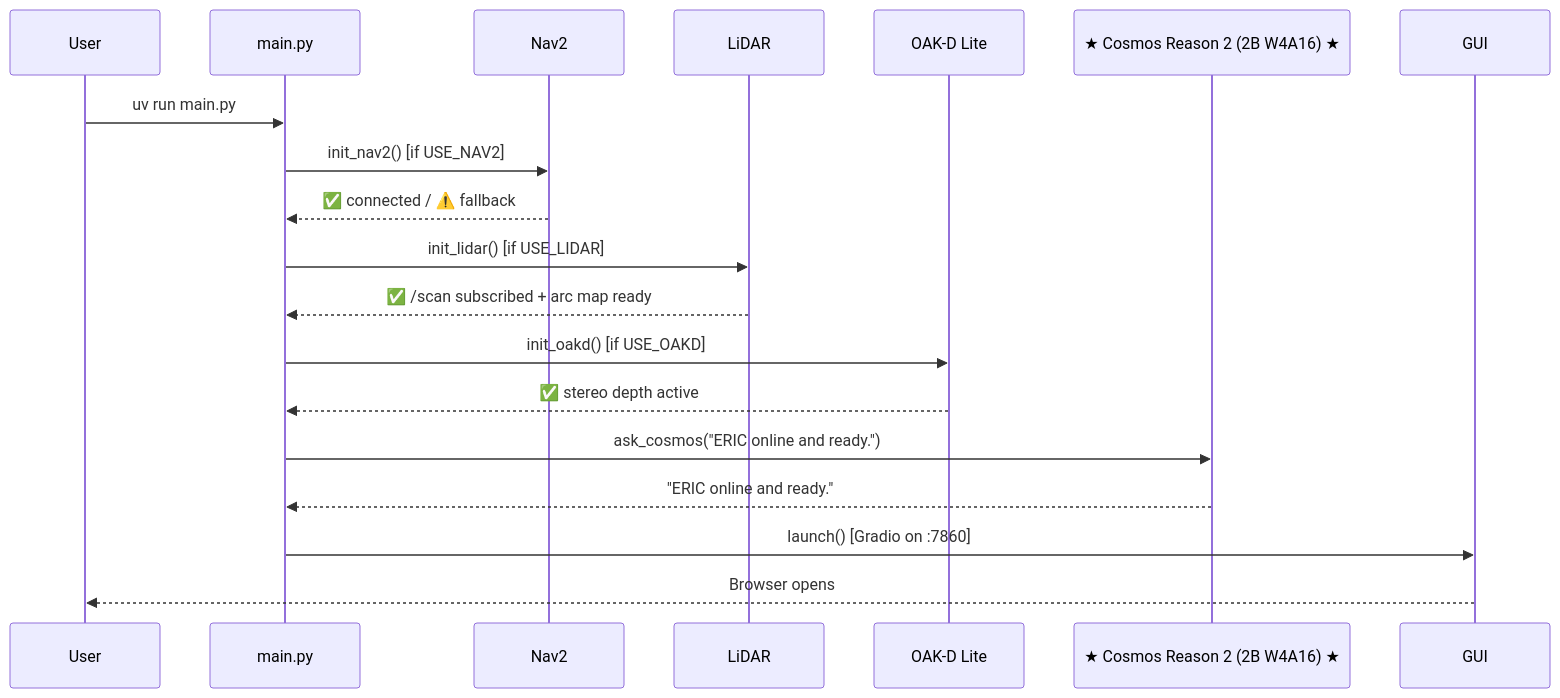
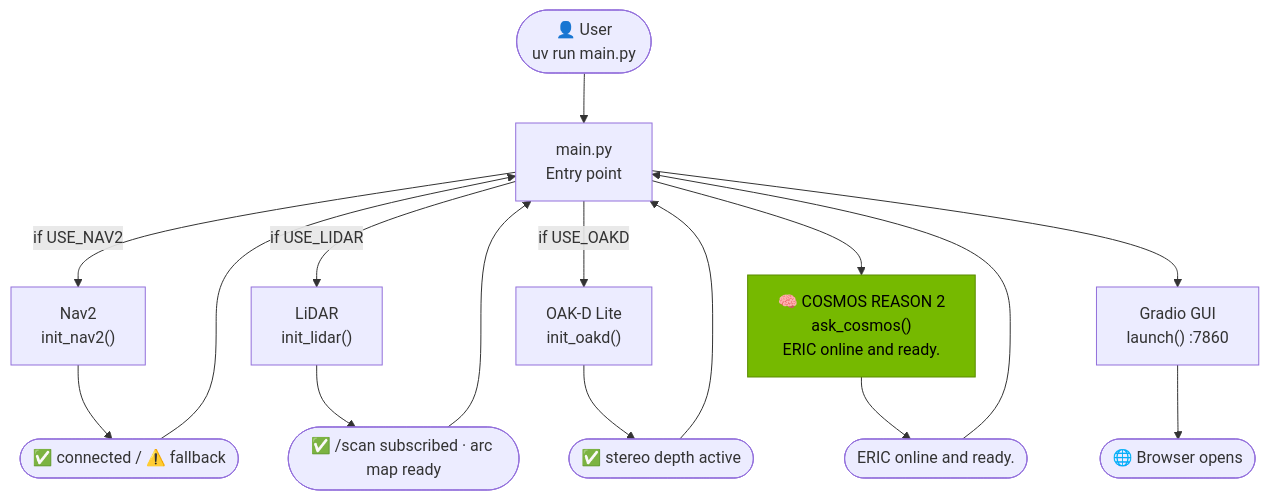
Before and after one commit to OppaAI/eric: the fifth of 8 diagrams in README.md, drawn with Mermaid. The commit also changed other lines of this file and 2 other files, not shown here.

Commit message:
Refactor the GUI platform to look like a cockpit configure; Added a test script for video inference

````diff
--- a/README.md
+++ b/README.md
@@ -210,22 +206,28 @@
 ```mermaid
-sequenceDiagram
-    participant User
-    participant main.py
-    participant Nav2
-    participant LiDAR
-    participant OAKD as OAK-D Lite
-    participant Cosmos as ★ Cosmos Reason 2 (2B W4A16) ★
-    participant GUI
+flowchart TD
+    U(["👤 User<br/>uv run main.py"])
+    MAIN["main.py<br/>Entry point"]
+    N2["Nav2<br/>init_nav2()"]
+    N2R(["✅ connected / ⚠️ fallback"])
+    LID["LiDAR<br/>init_lidar()"]
+    LIDR(["✅ /scan subscribed · arc map ready"])
+    OAK["OAK-D Lite<br/>init_oakd()"]
+    OAKR(["✅ stereo depth active"])
+    COSMOS_S["🧠 COSMOS REASON 2<br/>ask_cosmos()<br/>ERIC online and ready."]
+    COSMOSR(["ERIC online and ready."])
+    GUI["Gradio GUI<br/>launch() :7860"]
+    DONE(["🌐 Browser opens"])
 
-    User->>main.py: uv run main.py
-    main.py->>Nav2: init_nav2() [if USE_NAV2]
-    Nav2-->>main.py: ✅ connected / ⚠️ fallback
-    main.py->>LiDAR: init_lidar() [if USE_LIDAR]
-    LiDAR-->>main.py: ✅ /scan subscribed + arc map ready
-    main.py->>OAKD: init_oakd() [if USE_OAKD]
-    OAKD-->>main.py: ✅ stereo depth active
-    main.py->>Cosmos: ask_cosmos("ERIC online and ready.")
-    Cosmos-->>main.py: "ERIC online and ready."
-    main.py->>GUI: launch() [Gradio on :7860]
-    GUI-->>User: Browser opens
+    U --> MAIN
+    MAIN -->|"if USE_NAV2"| N2
+    N2 --> N2R --> MAIN
+    MAIN -->|"if USE_LIDAR"| LID
+    LID --> LIDR --> MAIN
+    MAIN -->|"if USE_OAKD"| OAK
+    OAK --> OAKR --> MAIN
+    MAIN --> COSMOS_S
+    COSMOS_S --> COSMOSR --> MAIN
+    MAIN --> GUI --> DONE
+
+    style COSMOS_S fill:#76b900,stroke:#5a8a00,color:#000000
 ```
````
